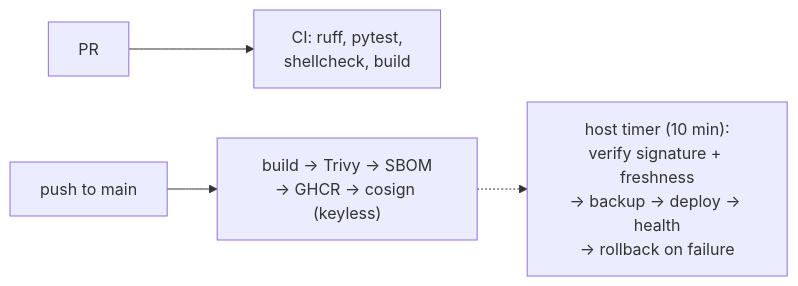
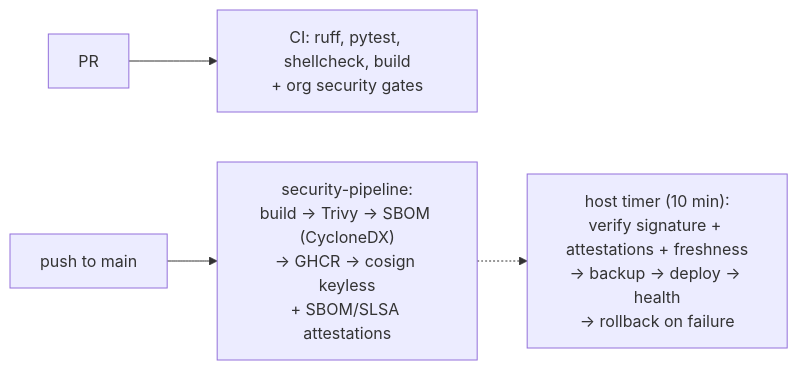
Before and after one commit to Pascal-Organisation/solar: the second of 2 diagrams in README.md, drawn with Mermaid. The commit also changed other lines of this file and 13 other files, not shown here.

First line of the commit message:
Use security-pipeline (public + container) (#30)

````diff
--- a/README.md
+++ b/README.md
@@ -59,6 +59,6 @@
 ```mermaid
 flowchart LR
-  pr["PR"] --> ci["CI: ruff, pytest,<br/>shellcheck, build"]
-  main["push to main"] --> rel["build → Trivy → SBOM<br/>→ GHCR → cosign (keyless)"]
-  rel -.-> host["host timer (10 min):<br/>verify signature + freshness<br/>→ backup → deploy → health<br/>→ rollback on failure"]
+  pr["PR"] --> ci["CI: ruff, pytest, shellcheck, build<br/>+ org security gates"]
+  main["push to main"] --> rel["security-pipeline:<br/>build → Trivy → SBOM (CycloneDX)<br/>→ GHCR → cosign keyless<br/>+ SBOM/SLSA attestations"]
+  rel -.-> host["host timer (10 min):<br/>verify signature + attestations + freshness<br/>→ backup → deploy → health<br/>→ rollback on failure"]
 ```
````
